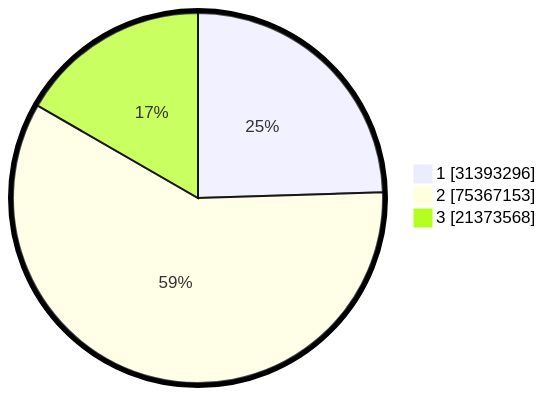
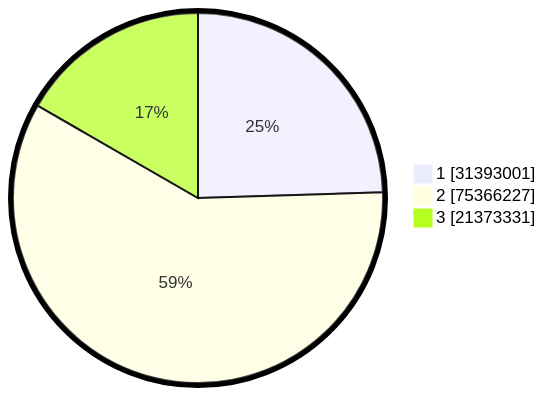
One commit to gigit-pemilu/pemilu-2024 changed the second of 2 diagrams in pilpres/hitung-suara/README.md. Above: the diagram before and after it, drawn with Mermaid. The commit also changed other lines of this file and 15 other files, not shown here.

````diff
--- a/pilpres/hitung-suara/README.md
+++ b/pilpres/hitung-suara/README.md
@@ -93,7 +93,7 @@
 ```mermaid
 %%{init: {"pie": {"textPosition": 0.5}, "themeVariables": {"pieOuterStrokeWidth": "5px"}} }%%
 pie showData
-    "1" : 31393296
-    "2" : 75367153
-    "3" : 21373568
+    "1" : 31393001
+    "2" : 75366227
+    "3" : 21373331
 ```
````
